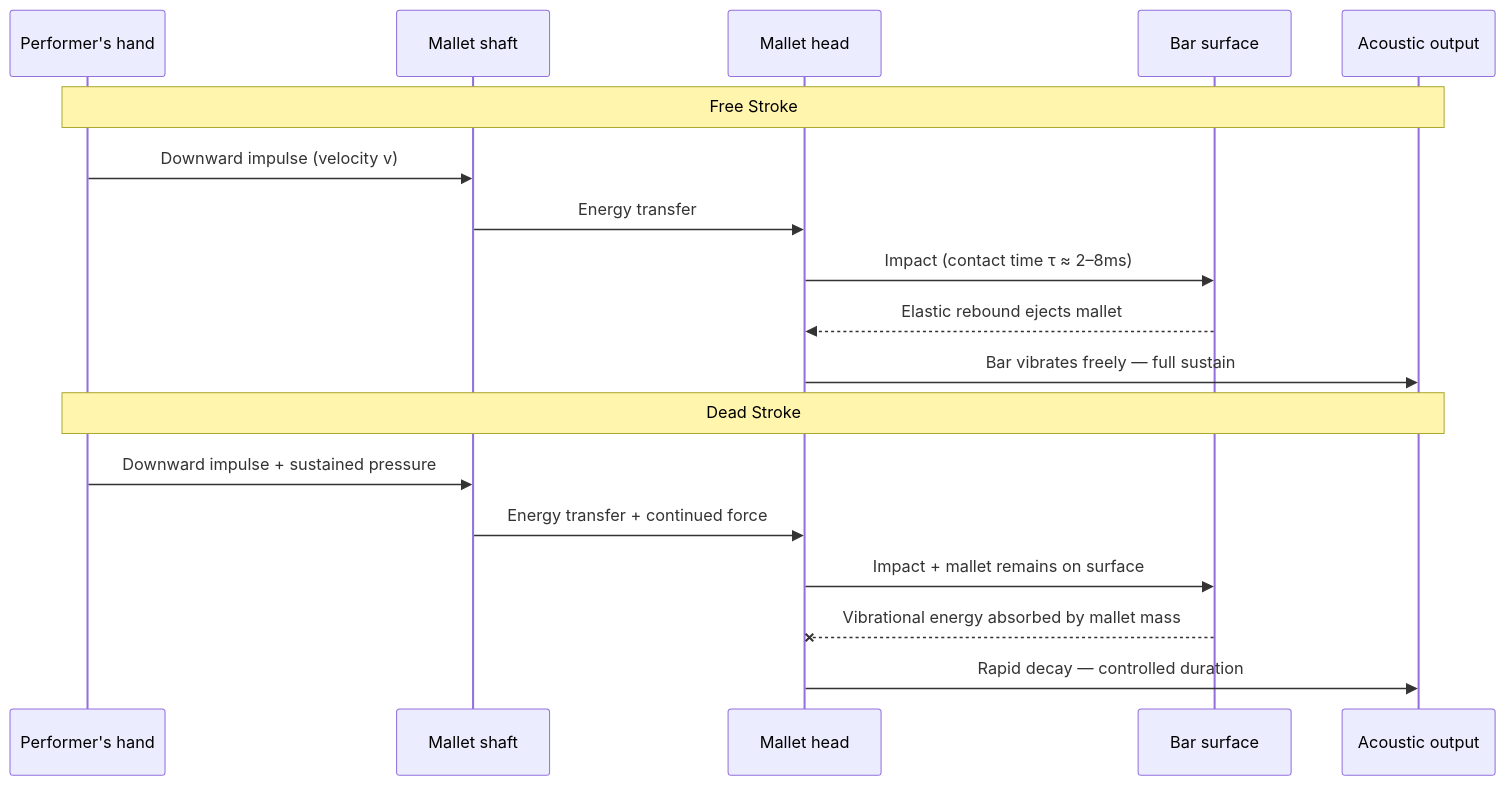
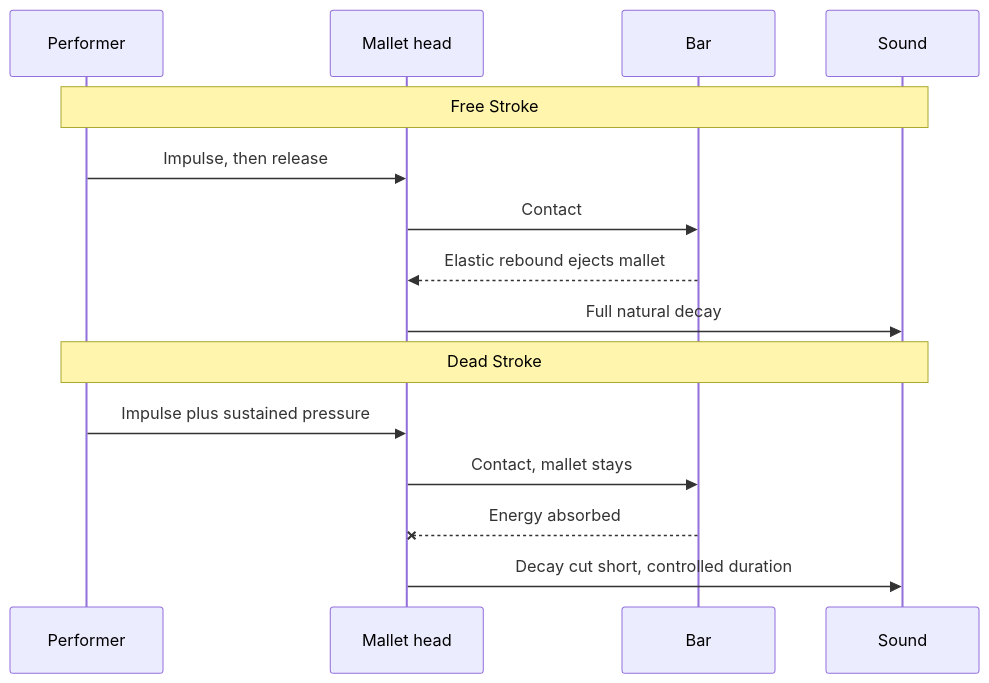
The fourth of 7 diagrams in topics/arts/music_performance/percussion/lesson_01_mallet_techniques.md (blebleblee/synapse), drawn with Mermaid before and after one commit. The commit also changed other lines of this file and 4 other files, not shown here.

````diff
--- a/topics/arts/music_performance/percussion/lesson_01_mallet_techniques.md
+++ b/topics/arts/music_performance/percussion/lesson_01_mallet_techniques.md
@@ -150,22 +185,19 @@
 ```mermaid
 sequenceDiagram
-    participant P as Performer's hand
-    participant S as Mallet shaft
+    participant P as Performer
     participant H as Mallet head
-    participant B as Bar surface
-    participant A as Acoustic output
+    participant B as Bar
+    participant A as Sound
 
     Note over P,A: Free Stroke
-    P->>S: Downward impulse (velocity v)
-    S->>H: Energy transfer
-    H->>B: Impact (contact time τ ≈ 2–8ms)
+    P->>H: Impulse, then release
+    H->>B: Contact
     B-->>H: Elastic rebound ejects mallet
-    H->>A: Bar vibrates freely — full sustain
+    H->>A: Full natural decay
 
     Note over P,A: Dead Stroke
-    P->>S: Downward impulse + sustained pressure
-    S->>H: Energy transfer + continued force
-    H->>B: Impact + mallet remains on surface
-    B--xH: Vibrational energy absorbed by mallet mass
-    H->>A: Rapid decay — controlled duration
+    P->>H: Impulse plus sustained pressure
+    H->>B: Contact, mallet stays
+    B--xH: Energy absorbed
+    H->>A: Decay cut short, controlled duration
 ```
````
